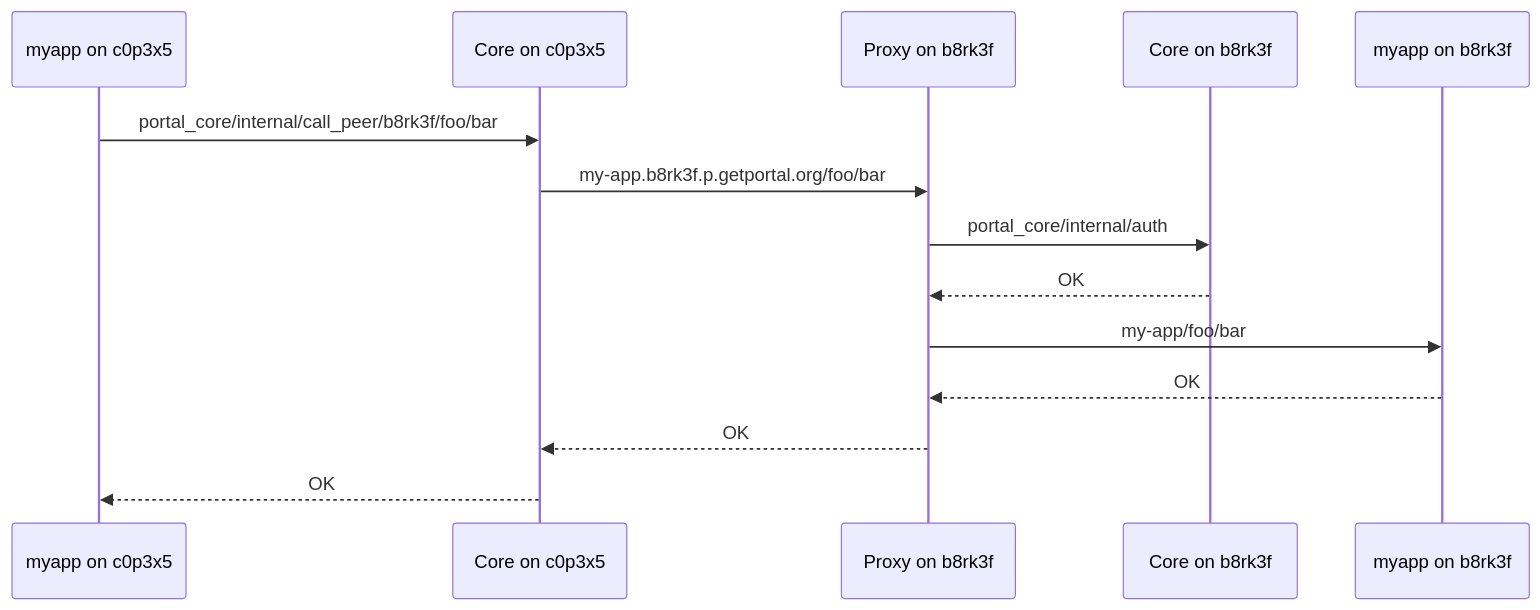
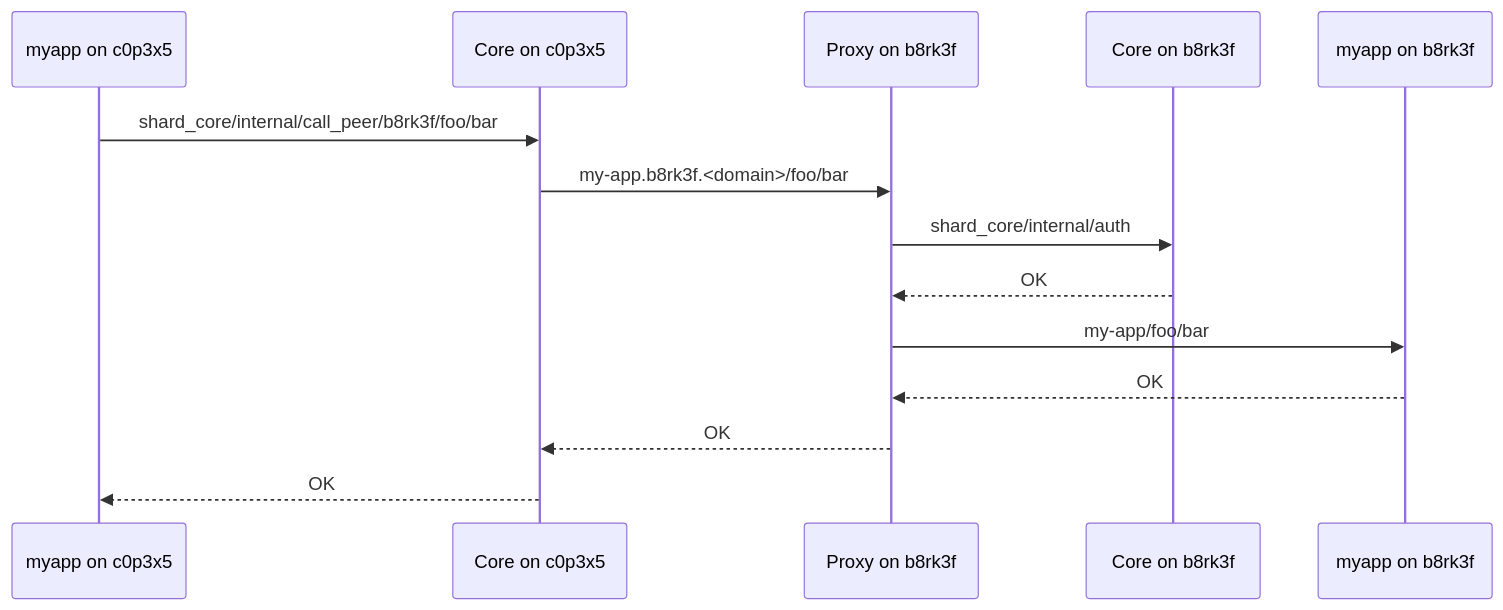
Before and after one commit to FreeshardBase/documentation: the diagram in docs/developer_docs/peering.md, drawn with Mermaid. The commit also changed other lines of this file and 26 other files, not shown here.

````diff
--- a/docs/developer_docs/peering.md
+++ b/docs/developer_docs/peering.md
@@ -98,17 +98,17 @@
 ``` mermaid
 sequenceDiagram
   participant Aa as myapp on c0p3x5
   participant Ac as Core on c0p3x5
   participant Bp as Proxy on b8rk3f
   participant Bc as Core on b8rk3f
   participant Ba as myapp on b8rk3f
 
-  Aa->>Ac:portal_core/internal/call_peer/b8rk3f/foo/bar
-  Ac->>Bp:my-app.b8rk3f.p.getportal.org/foo/bar
-  Bp->>Bc:portal_core/internal/auth
+  Aa->>Ac:shard_core/internal/call_peer/b8rk3f/foo/bar
+  Ac->>Bp:my-app.b8rk3f.<domain>/foo/bar
+  Bp->>Bc:shard_core/internal/auth
   Bc-->>Bp:OK
   Bp->>Ba:my-app/foo/bar
   Ba-->>Bp:OK
   Bp-->>Ac:OK
   Ac-->>Aa:OK
 ```
````
